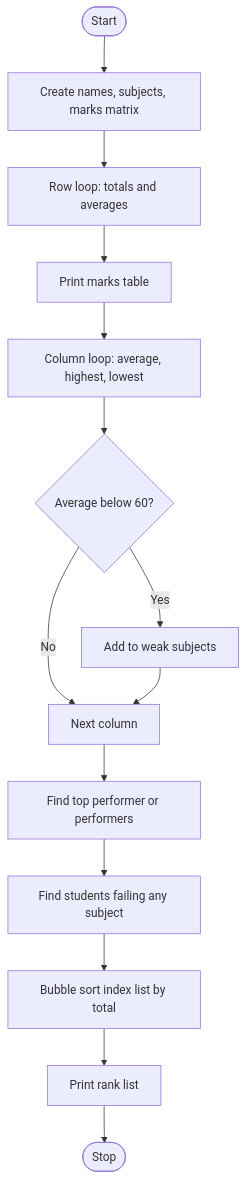
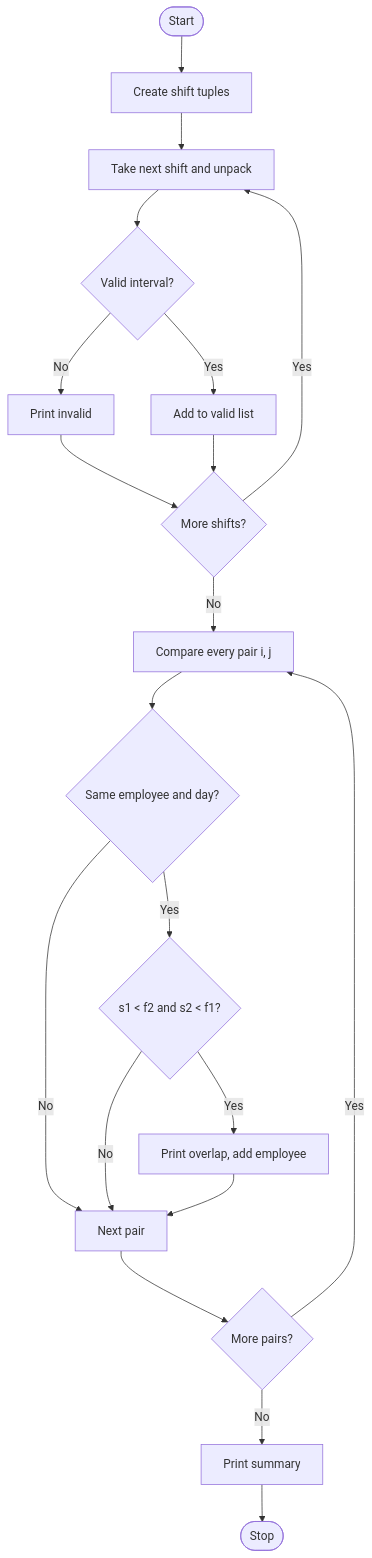
Before and after one commit to shoukatsk28-gif/python-Activity-Based-Learning: the diagram in README.md, drawn with Mermaid. The commit also changed other lines of this file and 2 other files, not shown here.

````diff
--- a/README.md
+++ b/README.md
@@ -57,16 +53,22 @@
 ```mermaid
 flowchart TD
-    A([Start]) --> B[Create names, subjects, marks matrix]
-    B --> C[Row loop: totals and averages]
-    C --> D[Print marks table]
-    D --> E[Column loop: average, highest, lowest]
-    E --> F{Average below 60?}
-    F -- Yes --> G[Add to weak subjects]
-    F -- No --> H[Next column]
-    G --> H
-    H --> I[Find top performer or performers]
-    I --> J[Find students failing any subject]
-    J --> K[Bubble sort index list by total]
-    K --> L[Print rank list]
-    L --> M([Stop])
+    A([Start]) --> B[Create shift tuples]
+    B --> C[Take next shift and unpack]
+    C --> D{Valid interval?}
+    D -- No --> E[Print invalid]
+    D -- Yes --> F[Add to valid list]
+    E --> G{More shifts?}
+    F --> G
+    G -- Yes --> C
+    G -- No --> H[Compare every pair i, j]
+    H --> I{Same employee and day?}
+    I -- No --> N[Next pair]
+    I -- Yes --> J{s1 < f2 and s2 < f1?}
+    J -- No --> N
+    J -- Yes --> K[Print overlap, add employee]
+    K --> N
+    N --> O{More pairs?}
+    O -- Yes --> H
+    O -- No --> P[Print summary]
+    P --> Q([Stop])
 ```
````
